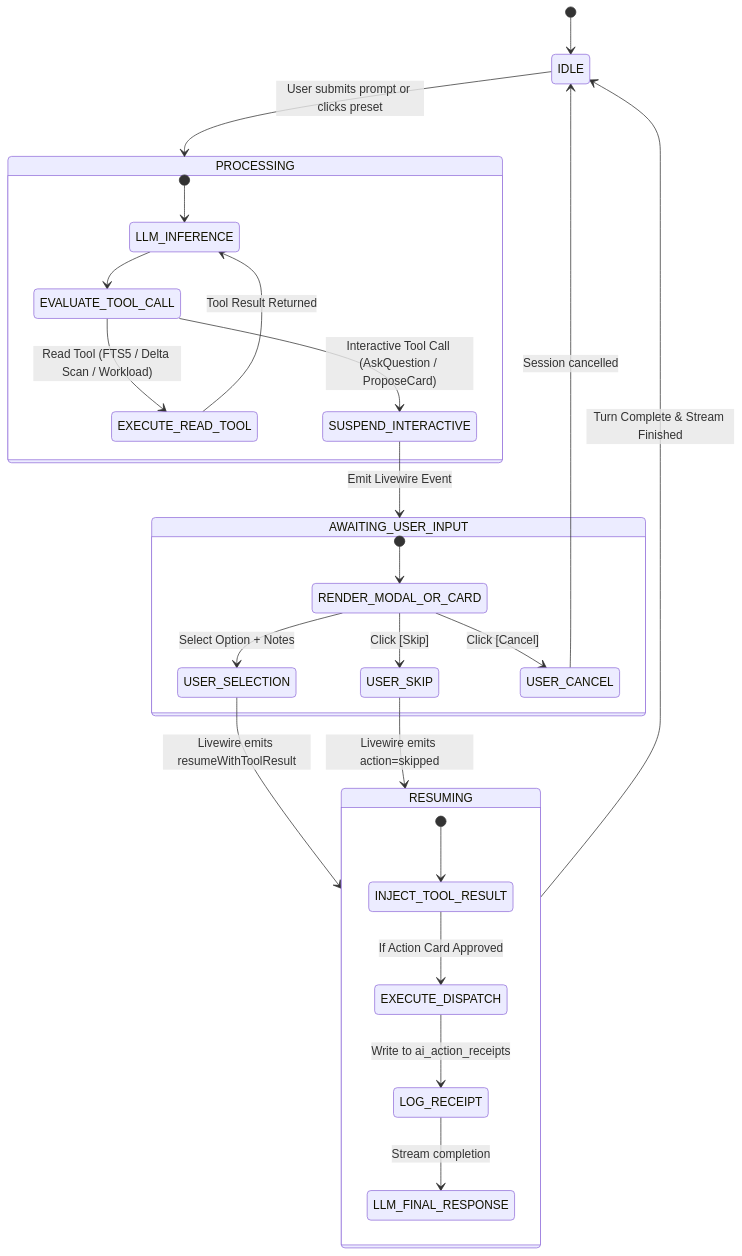
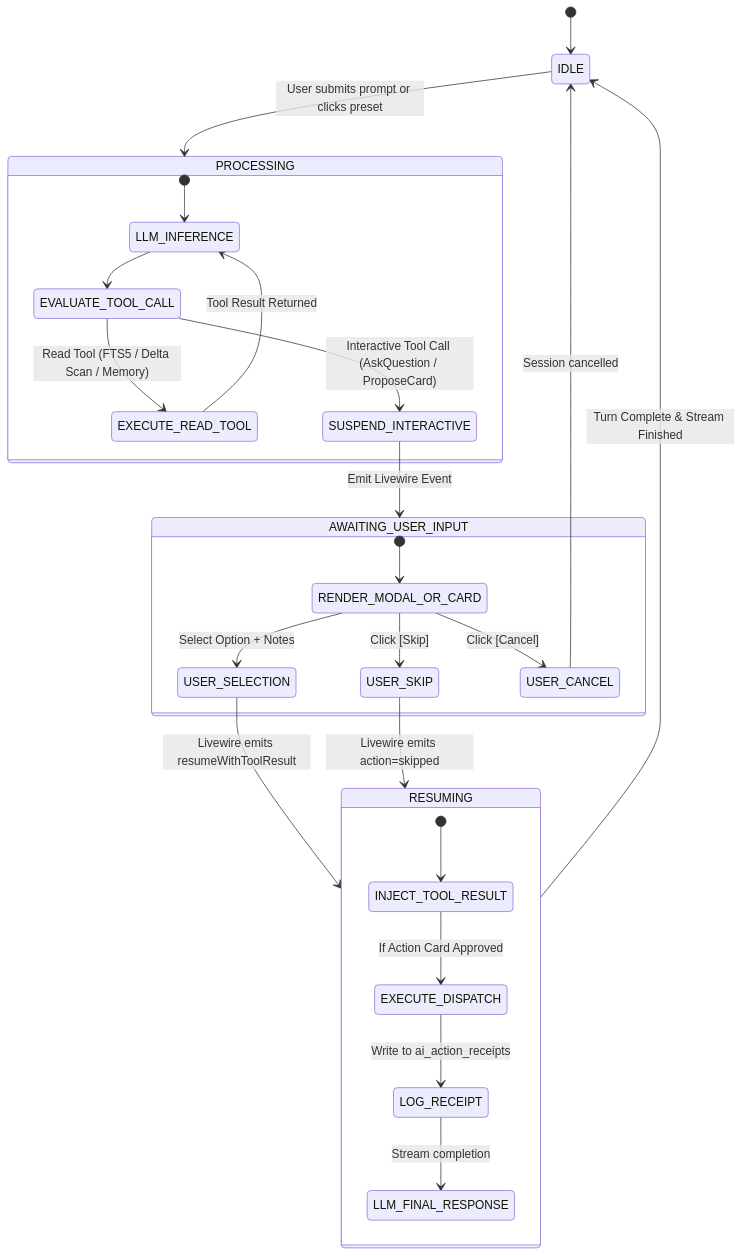
One commit to arhsmoque2/dpik-tadbir changed the diagram in docs/DESIGN.md. Above: the diagram before and after it, drawn with Mermaid. The commit also changed other lines of this file and 15 other files, not shown here.

````diff
--- a/docs/DESIGN.md
+++ b/docs/DESIGN.md
@@ -371,36 +397,36 @@
 ```mermaid
 stateDiagram-v2
     [*] --> IDLE
     IDLE --> PROCESSING: User submits prompt or clicks preset
     
     state PROCESSING {
         [*] --> LLM_INFERENCE
         LLM_INFERENCE --> EVALUATE_TOOL_CALL
-        EVALUATE_TOOL_CALL --> EXECUTE_READ_TOOL: Read Tool (FTS5 / Delta Scan / Workload)
+        EVALUATE_TOOL_CALL --> EXECUTE_READ_TOOL: Read Tool (FTS5 / Delta Scan / Memory)
         EXECUTE_READ_TOOL --> LLM_INFERENCE: Tool Result Returned
         
         EVALUATE_TOOL_CALL --> SUSPEND_INTERACTIVE: Interactive Tool Call (AskQuestion / ProposeCard)
     }
 
     SUSPEND_INTERACTIVE --> AWAITING_USER_INPUT: Emit Livewire Event
     
     state AWAITING_USER_INPUT {
         [*] --> RENDER_MODAL_OR_CARD
         RENDER_MODAL_OR_CARD --> USER_SELECTION: Select Option + Notes
         RENDER_MODAL_OR_CARD --> USER_SKIP: Click [Skip]
         RENDER_MODAL_OR_CARD --> USER_CANCEL: Click [Cancel]
     }
 
     USER_SELECTION --> RESUMING: Livewire emits resumeWithToolResult
     USER_SKIP --> RESUMING: Livewire emits action=skipped
     USER_CANCEL --> IDLE: Session cancelled
 
     state RESUMING {
         [*] --> INJECT_TOOL_RESULT
         INJECT_TOOL_RESULT --> EXECUTE_DISPATCH: If Action Card Approved
         EXECUTE_DISPATCH --> LOG_RECEIPT: Write to ai_action_receipts
         LOG_RECEIPT --> LLM_FINAL_RESPONSE: Stream completion
     }
 
     RESUMING --> IDLE: Turn Complete & Stream Finished
 ```
````
